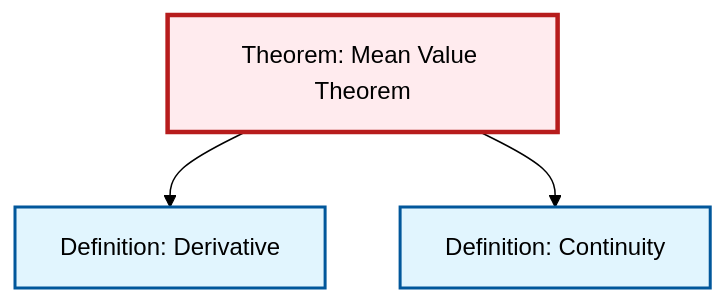
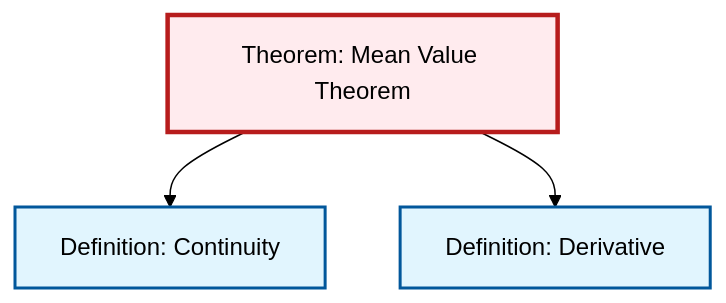
One commit to RK0429/ModernMath changed the diagram in content/ja/analysis/thm-mean-value.qmd. Above: the diagram before and after it, drawn with Mermaid (forest theme). The commit also changed other lines of this file and 417 other files, not shown here.

````diff
--- a/content/ja/analysis/thm-mean-value.qmd
+++ b/content/ja/analysis/thm-mean-value.qmd
@@ -80,17 +80,17 @@
 ```{mermaid}
 %%| fig-cap: "Local dependency graph"
 graph TD
     classDef definition fill:#e1f5fe,stroke:#01579b,stroke-width:2px
     classDef theorem fill:#f3e5f5,stroke:#4a148c,stroke-width:2px
     classDef axiom fill:#fff3e0,stroke:#e65100,stroke-width:2px
     classDef example fill:#e8f5e9,stroke:#1b5e20,stroke-width:2px
     classDef current fill:#ffebee,stroke:#b71c1c,stroke-width:3px
-    thm-mean-value["Theorem: Mean Value Theorem"]:::theorem
     def-continuity["Definition: Continuity"]:::definition
     def-derivative["Definition: Derivative"]:::definition
+    thm-mean-value["Theorem: Mean Value Theorem"]:::theorem
+    thm-mean-value --> def-continuity
     thm-mean-value --> def-derivative
-    thm-mean-value --> def-continuity
     class thm-mean-value current
     click def-continuity "def-continuity.html" "Definition: Continuityへ"
     click def-derivative "def-derivative.html" "Definition: Derivativeへ"
 ```
````
